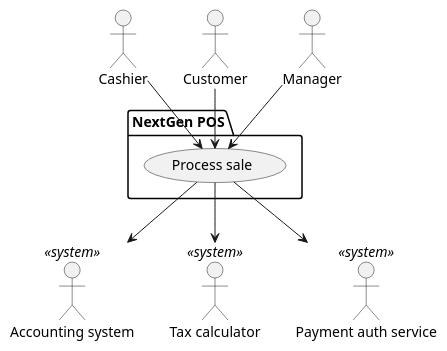
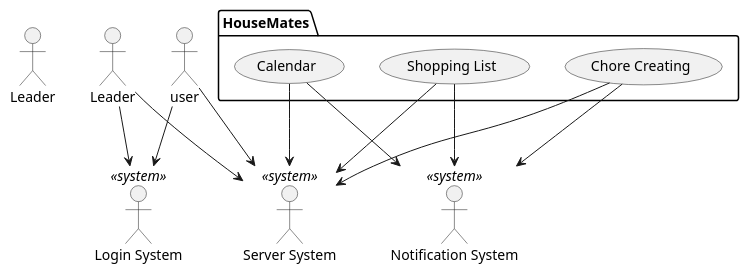
One commit to willemnielsen/House-App changed the diagram in use case diagram.md. Above: the diagram before and after it, drawn with PlantUML.

Commit message:
Update use case diagram.md

````diff
--- a/use case diagram.md
+++ b/use case diagram.md
@@ -1,23 +1,31 @@
 ```plantuml
 @startuml
 ' human actors
-actor "Cashier" as cashier
-actor "Customer" as customer
-actor "Manager" as manager
+actor "Leader" as leader
+actor "user" as user
+
 ' system actors
-actor "Accounting system" <<system>> as accountingSystem
-actor "Tax calculator" <<system>> as taxCalculator
-actor "Payment auth service" <<system>> as payAuthService
+actor "Server System" <<system>> as serverSystem
+actor "Notification System" <<system>> as notificationSystem
+actor "Login System" <<system>> as loginSystem 
+
 ' list all use cases in package
-package "NextGen POS"{
-usecase "Process sale" as procSale
+package "HouseMates"{
+usecase "Shopping List" as shoppingList
+usecase "Calendar" as calendar
+usecase "Chore Creating" as choreCreating
 }
 ' list relationships between actors and use cases
-customer --> procSale
-cashier --> procSale
-manager --> procSale
-procSale --> accountingSystem
-procSale --> taxCalculator
-procSale --> payAuthService
+Leader --> loginSystem
+user --> loginSystem
+Leader --> serverSystem
+user --> serverSystem
+shoppingList --> notificationSystem
+calendar --> notificationSystem
+choreCreating --> notificationSystem
+shoppingList --> serverSystem
+calendar --> serverSystem
+choreCreating --> serverSystem
+
 @enduml
 ```
````
